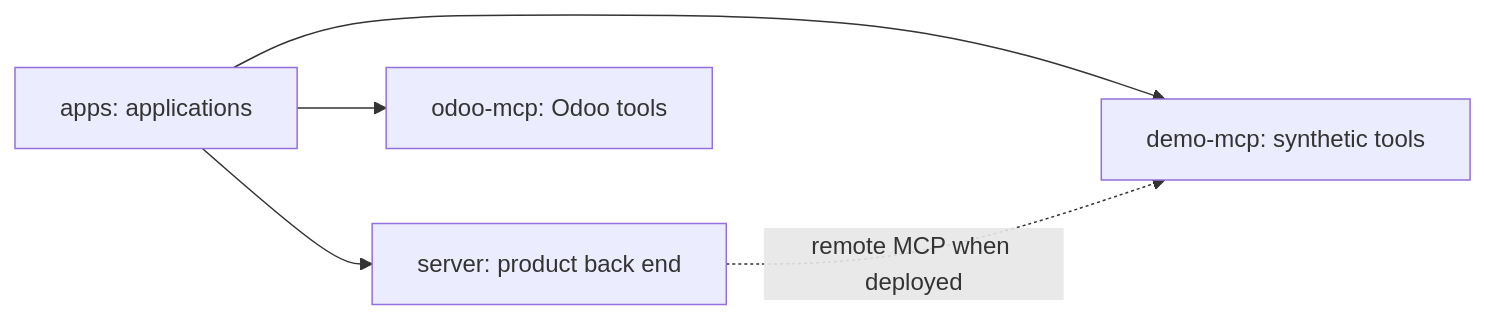
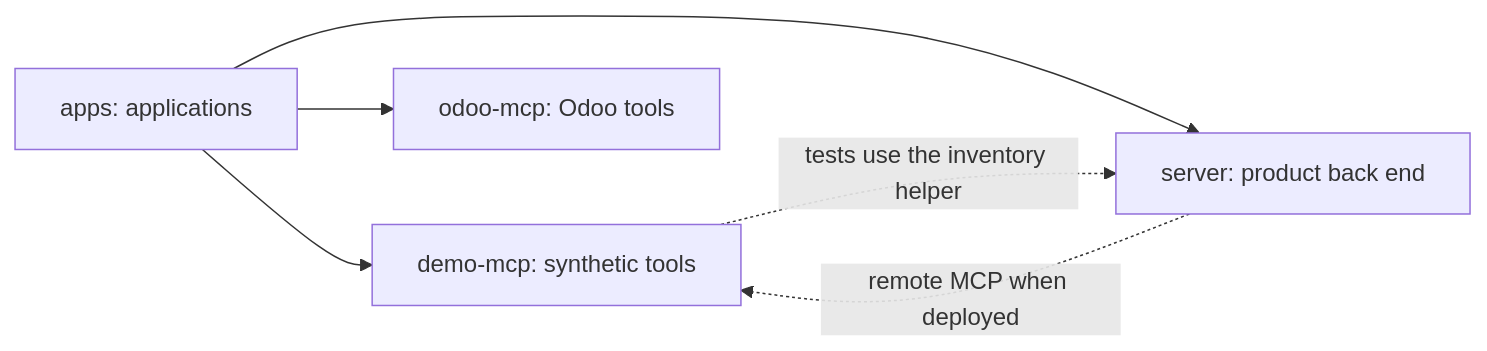
One commit to elewa-git/opencrane-new changed the diagram in apps/demo-mcp/README.md. Above: the diagram before and after it, drawn with Mermaid. The commit also changed other lines of this file and 7 other files, not shown here.

First line of the commit message:
🔧 Keep demo tests within the lint boundary and retain heap room

````diff
--- a/apps/demo-mcp/README.md
+++ b/apps/demo-mcp/README.md
@@ -14,7 +14,8 @@
 ```mermaid
 flowchart LR
   apps["apps: applications"] --> demo["demo-mcp: synthetic tools"]
   apps --> server["server: product back end"]
   apps --> odoo["odoo-mcp: Odoo tools"]
   server -.->|remote MCP when deployed| demo
+  demo -.->|tests use the inventory helper| server
 ```
````
